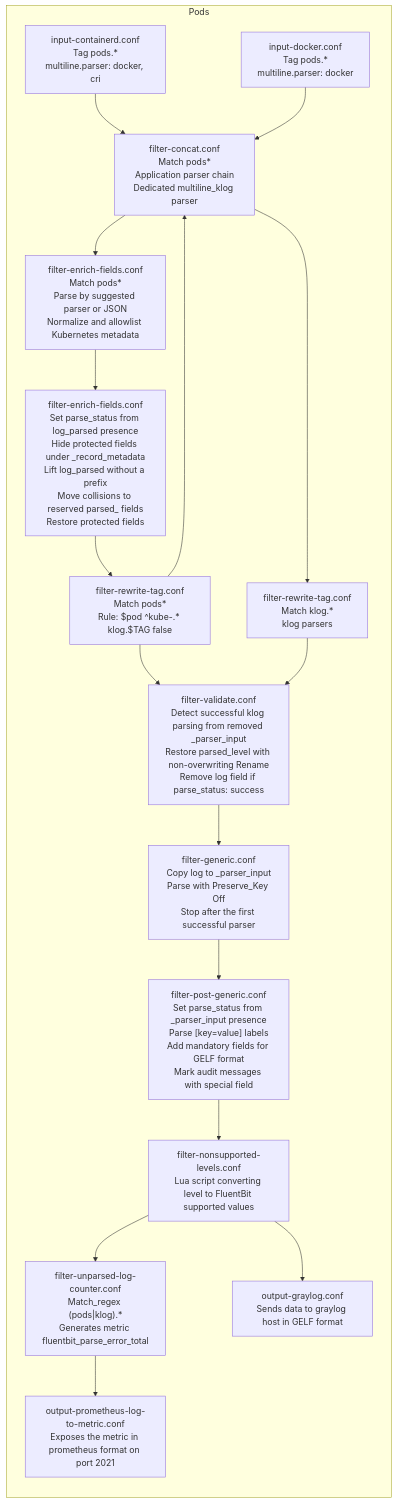
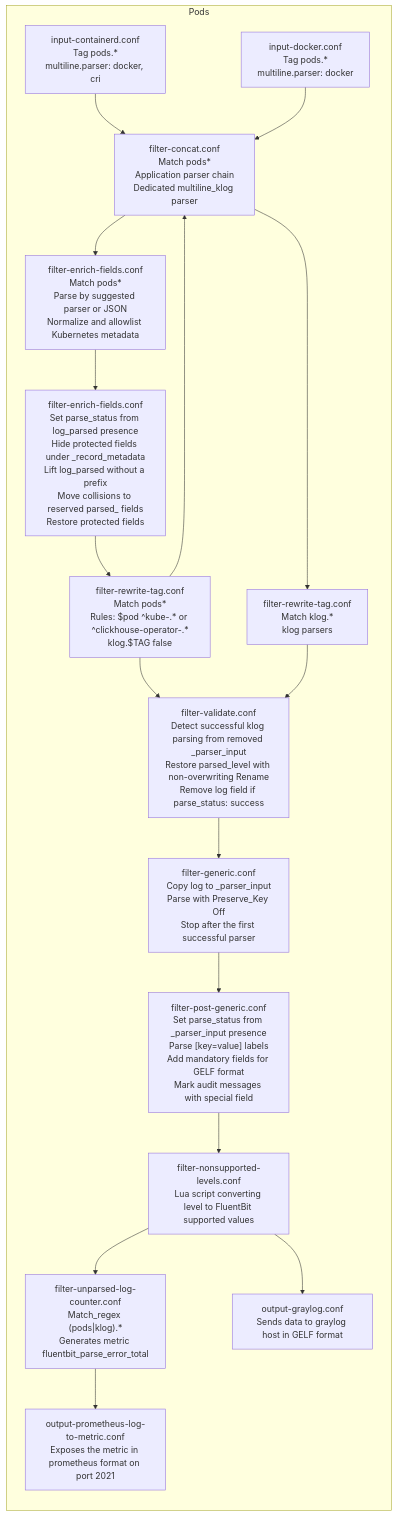
The diagram in docs/fluentbit-log-pipeline.md (Netcracker/qubership-logging-operator), drawn with Mermaid before and after one commit. The commit also changed other lines of this file and 14 other files, not shown here.

````diff
--- a/docs/fluentbit-log-pipeline.md
+++ b/docs/fluentbit-log-pipeline.md
@@ -70,22 +47,22 @@
 ```mermaid
 flowchart LR
     subgraph Pods
         IC["input-containerd.conf<br/>Tag pods.*<br/>multiline.parser: docker, cri" ] --> FC
         ID["input-docker.conf<br/>Tag pods.*<br/>multiline.parser: docker"] --> FC
         FC["filter-concat.conf<br/>Match pods*<br/>Application parser chain<br/>Dedicated multiline_klog parser"] --> FK
         FC["filter-concat.conf<br/>Match pods*<br/>Application parser chain<br/>Dedicated multiline_klog parser"] --> FRTP
         FK["filter-enrich-fields.conf<br/>Match pods*<br/>Parse by suggested parser or JSON<br/>Normalize and allowlist Kubernetes metadata"] --> FPC
         FPC["filter-enrich-fields.conf<br/>Set parse_status from log_parsed presence<br/>Hide protected fields under _record_metadata<br/>Lift log_parsed without a prefix<br/>Move collisions to reserved parsed_ fields<br/>Restore protected fields"] --> FRT
-        FRT["filter-rewrite-tag.conf<br/>Match pods*<br/>Rule: $pod ^kube-.* klog.$TAG false"] --> FC
-        FRT["filter-rewrite-tag.conf<br/>Match pods*<br/>Rule: $pod ^kube-.* klog.$TAG false"] --> FVALID
+        FRT["filter-rewrite-tag.conf<br/>Match pods*<br/>Rules: $pod ^kube-.* or ^clickhouse-operator-.*<br/>klog.$TAG false"] --> FC
+        FRT["filter-rewrite-tag.conf<br/>Match pods*<br/>Rules: $pod ^kube-.* or ^clickhouse-operator-.*<br/>klog.$TAG false"] --> FVALID
         FRTP["filter-rewrite-tag.conf<br/>Match klog.*<br/>klog parsers"] --> FVALID
         FVALID["filter-validate.conf<br/>Detect successful klog parsing from removed _parser_input<br/>Restore parsed_level with non-overwriting Rename<br/>Remove log field if parse_status: success"] --> FGEN
         FGEN["filter-generic.conf<br/>Copy log to _parser_input<br/>Parse with Preserve_Key Off<br/>Stop after the first successful parser"] --> FPGEN
         FPGEN["filter-post-generic.conf<br/>Set parse_status from _parser_input presence<br/>Parse [key=value] labels<br/>Add mandatory fields for GELF format<br/>Mark audit messages with special field"] --> FNL
         FNL["filter-nonsupported-levels.conf<br/>Lua script converting level to FluentBit supported values"] --> FULC
         FNL["filter-nonsupported-levels.conf<br/>Lua script converting level to FluentBit supported values"] --> OGRAY
         OGRAY["output-graylog.conf<br/>Sends data to graylog host in GELF format"]
         FULC["filter-unparsed-log-counter.conf<br/>Match_regex (pods|klog).*<br/>Generates metric fluentbit_parse_error_total"] --> OPLTM
         OPLTM["output-prometheus-log-to-metric.conf</br>Exposes the metric in prometheus format on port 2021"]
     end
 ```
````
